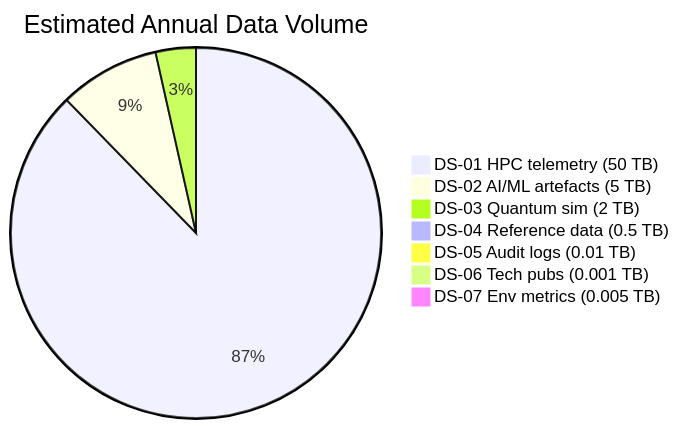
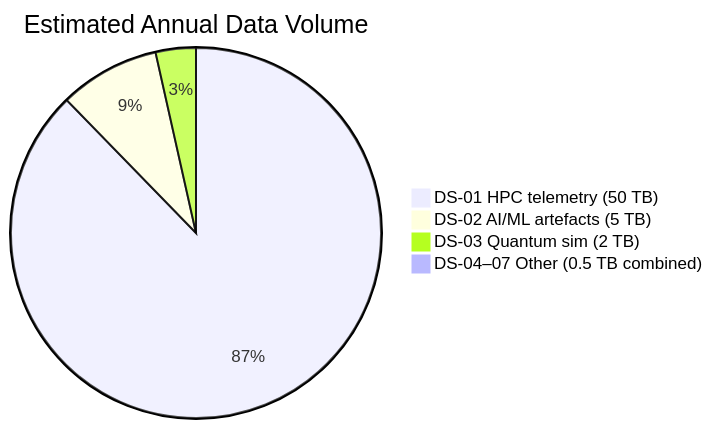
The first of 9 diagrams in AI-BOOST/DEL-03-data-management-plan.md (AmedeoPelliccia/AmedeoPelliccia), drawn with Mermaid before and after one commit. The commit also changed other lines of this file, not shown here.

Commit message:
Address code review: improve accessibility and visual clarity in diagrams

````diff
--- a/AI-BOOST/DEL-03-data-management-plan.md
+++ b/AI-BOOST/DEL-03-data-management-plan.md
@@ -500,10 +500,7 @@
 ```mermaid
 pie title Estimated Annual Data Volume
     "DS-01 HPC telemetry (50 TB)" : 50
     "DS-02 AI/ML artefacts (5 TB)" : 5
     "DS-03 Quantum sim (2 TB)" : 2
-    "DS-04 Reference data (0.5 TB)" : 0.5
-    "DS-05 Audit logs (0.01 TB)" : 0.01
-    "DS-06 Tech pubs (0.001 TB)" : 0.001
-    "DS-07 Env metrics (0.005 TB)" : 0.005
+    "DS-04–07 Other (0.5 TB combined)" : 0.5
 ```
````
